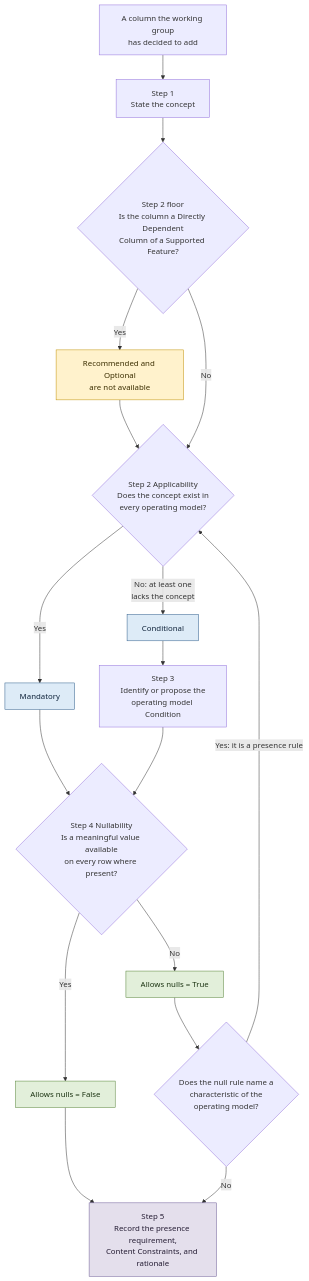
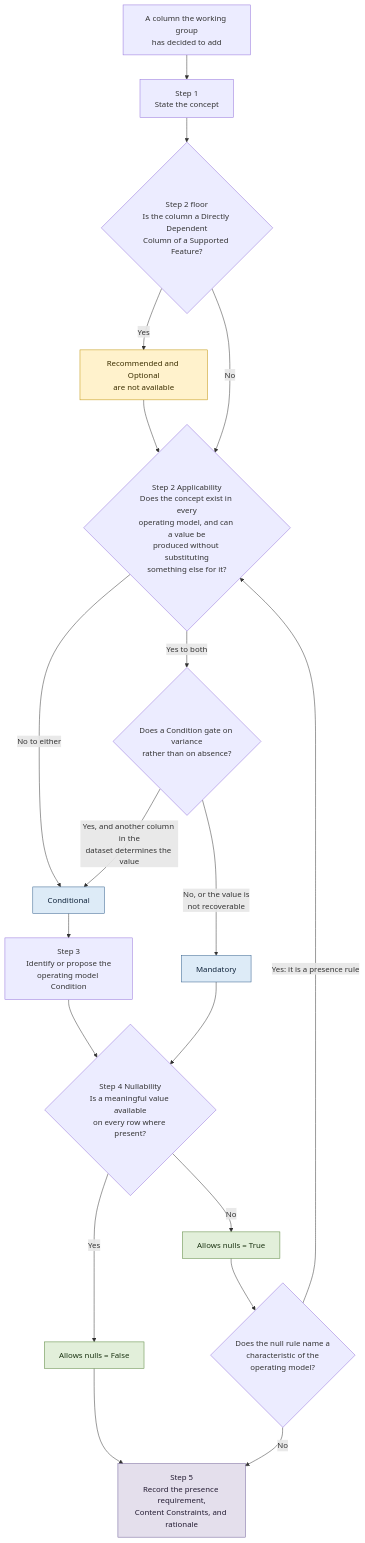
One commit to FinOps-Open-Cost-and-Usage-Spec/FOCUS_Spec changed the diagram in guidelines/contributors/feature-level-rubric-guidelines.md. Above: the diagram before and after it, drawn with Mermaid. The commit also changed other lines of this file, not shown here.

````diff
--- a/guidelines/contributors/feature-level-rubric-guidelines.md
+++ b/guidelines/contributors/feature-level-rubric-guidelines.md
@@ -104,28 +104,30 @@
 ```mermaid
 flowchart TD
     A["A column the working group<br/>has decided to add"] --> S1["Step 1<br/>State the concept"]
     S1 --> F{"Step 2 floor<br/>Is the column a Directly Dependent<br/>Column of a Supported Feature?"}
     F -->|"Yes"| FL["Recommended and Optional<br/>are not available"]
-    F -->|"No"| S2{"Step 2 Applicability<br/>Does the concept exist in<br/>every operating model?"}
+    F -->|"No"| S2{"Step 2 Applicability<br/>Does the concept exist in every<br/>operating model, and can a value be<br/>produced without substituting<br/>something else for it?"}
     FL --> S2
-    S2 -->|"Yes"| M["Mandatory"]
-    S2 -->|"No: at least one<br/>lacks the concept"| C["Conditional"]
+    S2 -->|"No to either"| C["Conditional"]
+    S2 -->|"Yes to both"| VG{"Does a Condition gate on variance<br/>rather than on absence?"}
+    VG -->|"Yes, and another column in the<br/>dataset determines the value"| C
+    VG -->|"No, or the value is<br/>not recoverable"| M["Mandatory"]
     C --> S3["Step 3<br/>Identify or propose the<br/>operating model Condition"]
     M --> S4{"Step 4 Nullability<br/>Is a meaningful value available<br/>on every row where present?"}
     S3 --> S4
     S4 -->|"Yes"| NF["Allows nulls = False"]
     S4 -->|"No"| NT["Allows nulls = True"]
     NT --> D{"Does the null rule name a<br/>characteristic of the<br/>operating model?"}
     D -->|"Yes: it is a presence rule"| S2
     D -->|"No"| S5["Step 5<br/>Record the presence requirement,<br/>Content Constraints, and rationale"]
     NF --> S5
 
     classDef level fill:#DDEBF7,stroke:#2E5C8A,color:#10243B
     classDef nulls fill:#E2EFDA,stroke:#548235,color:#1B3312
     classDef note fill:#FFF2CC,stroke:#BF8F00,color:#3B2E00
     classDef out fill:#E4DFEC,stroke:#6B5B95,color:#241C33
     class M,C level
     class NF,NT nulls
     class FL note
     class S5 out
 ```
````
